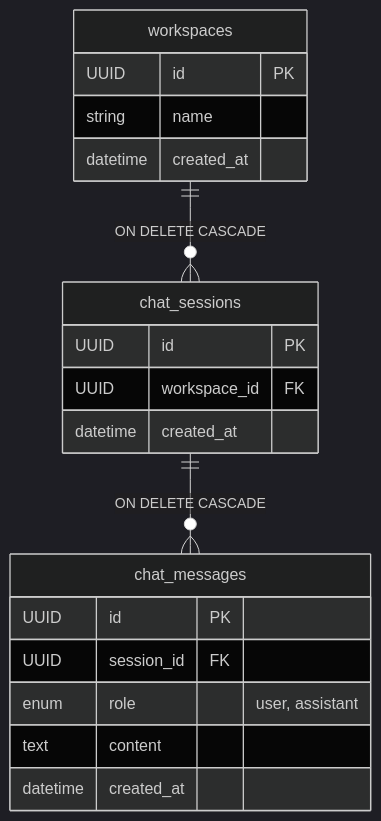
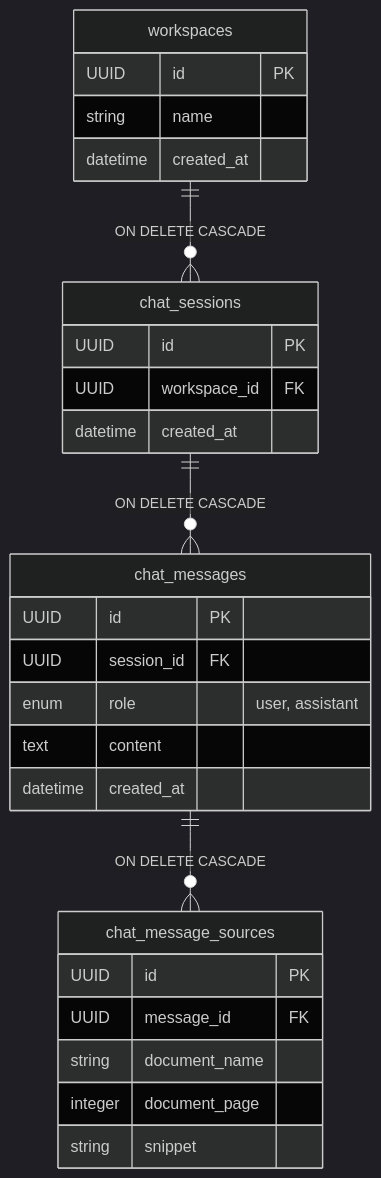
One commit to Lunarskii/ingestion-service changed the first of 2 diagrams in ARCHITECTURE.md. Above: the diagram before and after it, drawn with Mermaid (dark theme). The commit also changed 16 other files, not shown here.

````diff
--- a/ARCHITECTURE.md
+++ b/ARCHITECTURE.md
@@ -211,25 +211,34 @@
 ```mermaid
 erDiagram
     workspaces {
         UUID id PK
         string name
         datetime created_at
     }
 
     chat_sessions {
         UUID id PK
         UUID workspace_id FK
         datetime created_at
     }
 
     chat_messages {
         UUID id PK
         UUID session_id FK
         enum role "user, assistant"
         text content
         datetime created_at
     }
+    
+    chat_message_sources {
+        UUID id PK
+        UUID message_id FK
+        string document_name
+        integer document_page
+        string snippet
+    }
 
     workspaces ||--o{ chat_sessions : "ON DELETE CASCADE"
     chat_sessions ||--o{ chat_messages : "ON DELETE CASCADE"
+    chat_messages ||--o{ chat_message_sources : "ON DELETE CASCADE"
 ```
````
